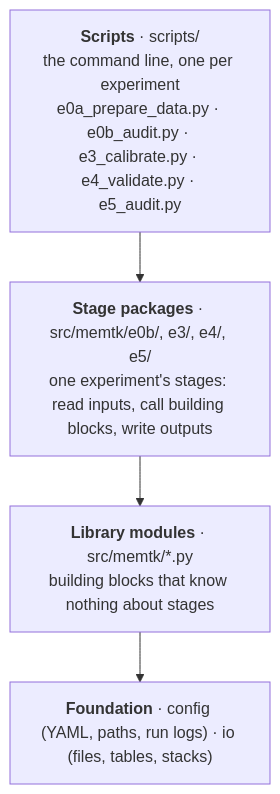
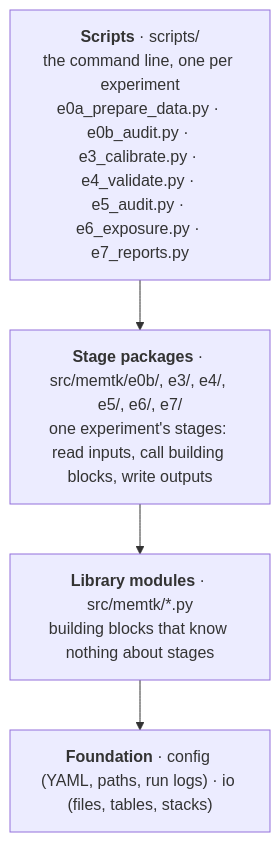
Before and after one commit to mattia3003/MT_project: the second of 2 diagrams in docs/architecture.md, drawn with Mermaid. The commit also changed other lines of this file and 113 other files, not shown here.

````diff
--- a/docs/architecture.md
+++ b/docs/architecture.md
@@ -93,8 +97,8 @@
 ```mermaid
 flowchart TB
-    L1["<b>Scripts</b> · scripts/<br/>the command line, one per experiment<br/>e0a_prepare_data.py · e0b_audit.py · e3_calibrate.py · e4_validate.py · e5_audit.py"]
-    L2["<b>Stage packages</b> · src/memtk/e0b/, e3/, e4/, e5/<br/>one experiment's stages: read inputs, call building blocks, write outputs"]
+    L1["<b>Scripts</b> · scripts/<br/>the command line, one per experiment<br/>e0a_prepare_data.py · e0b_audit.py · e3_calibrate.py · e4_validate.py · e5_audit.py · e6_exposure.py · e7_reports.py"]
+    L2["<b>Stage packages</b> · src/memtk/e0b/, e3/, e4/, e5/, e6/, e7/<br/>one experiment's stages: read inputs, call building blocks, write outputs"]
     L3["<b>Library modules</b> · src/memtk/*.py<br/>building blocks that know nothing about stages"]
     L4["<b>Foundation</b> · config (YAML, paths, run logs) · io (files, tables, stacks)"]
     L1 --> L2 --> L3 --> L4
 ```
````
